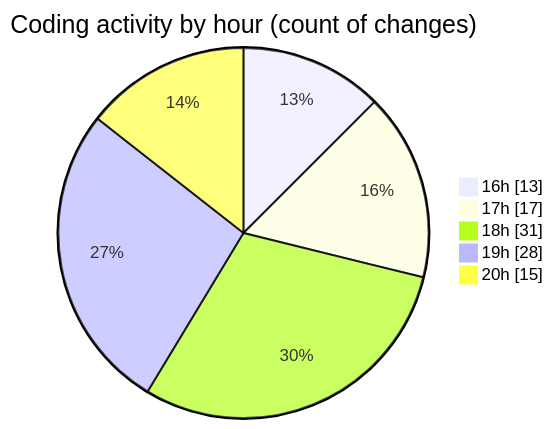
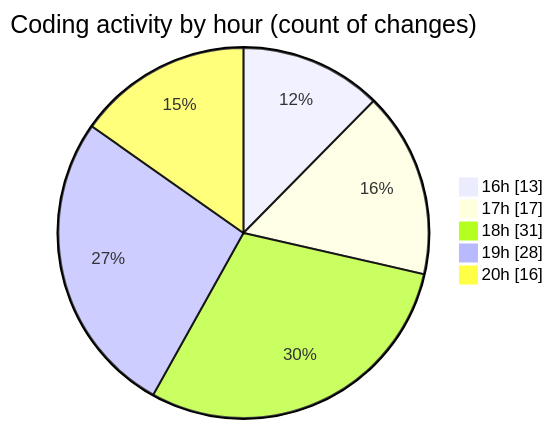
Before and after one commit to idhammustaqopulfikri/code-tracking: the second of 2 diagrams in 2025-05-28/studio-backend/README.md, drawn with Mermaid. The commit also changed other lines of this file and 1 other file, not shown here.

````diff
--- a/2025-05-28/studio-backend/README.md
+++ b/2025-05-28/studio-backend/README.md
@@ -54,9 +54,9 @@
 ```mermaid
 pie showData
 title Coding activity by hour (count of changes)
 "16h" : 13
 "17h" : 17
 "18h" : 31
 "19h" : 28
-"20h" : 15
+"20h" : 16
 ```
````
